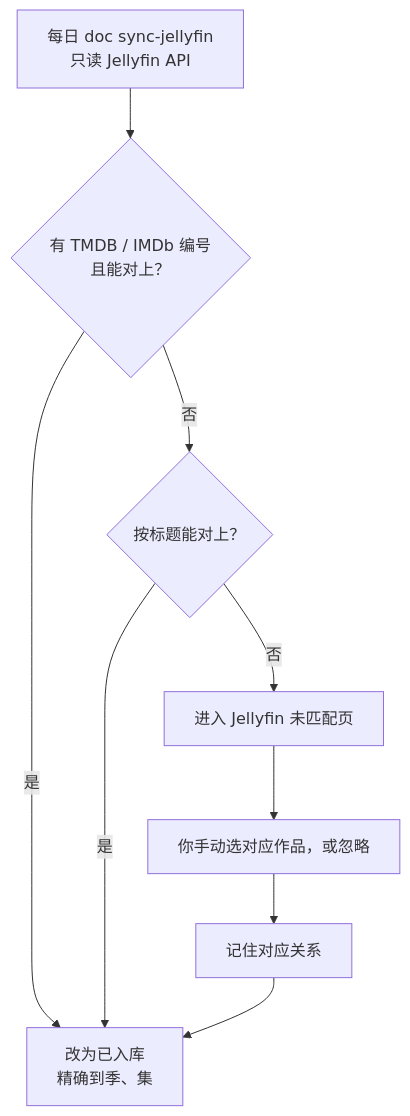
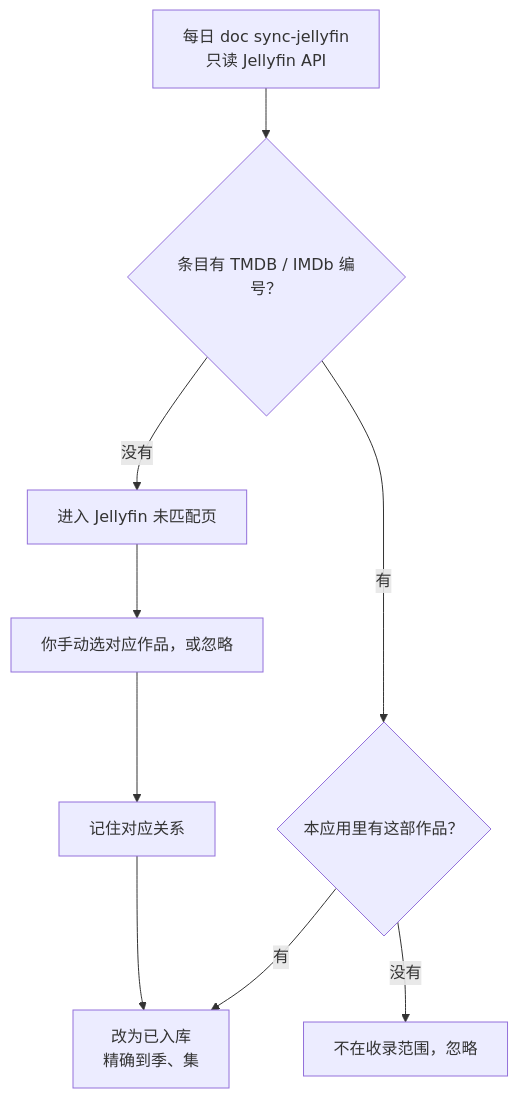
One commit to hfeng-9527/Documentary changed diagram 11 of 11 in docs/scenarios.md. Above: the diagram before and after it, drawn with Mermaid. The commit also changed other lines of this file and 9 other files, not shown here.

````diff
--- a/docs/scenarios.md
+++ b/docs/scenarios.md
@@ -251,11 +251,11 @@
 ```mermaid
 flowchart TD
-    A["每日 doc sync-jellyfin<br/>只读 Jellyfin API"] --> B{"有 TMDB / IMDb 编号<br/>且能对上？"}
-    B -->|是| E["改为已入库<br/>精确到季、集"]
-    B -->|否| C{"按标题能对上？"}
-    C -->|是| E
-    C -->|否| D["进入 Jellyfin 未匹配页"]
+    A["每日 doc sync-jellyfin<br/>只读 Jellyfin API"] --> B{"条目有 TMDB / IMDb 编号？"}
+    B -->|有| C{"本应用里有这部作品？"}
+    C -->|有| E["改为已入库<br/>精确到季、集"]
+    C -->|没有| Z["不在收录范围，忽略"]
+    B -->|没有| D["进入 Jellyfin 未匹配页"]
     D --> F["你手动选对应作品，或忽略"]
     F --> G["记住对应关系"]
     G --> E
 ```
````
